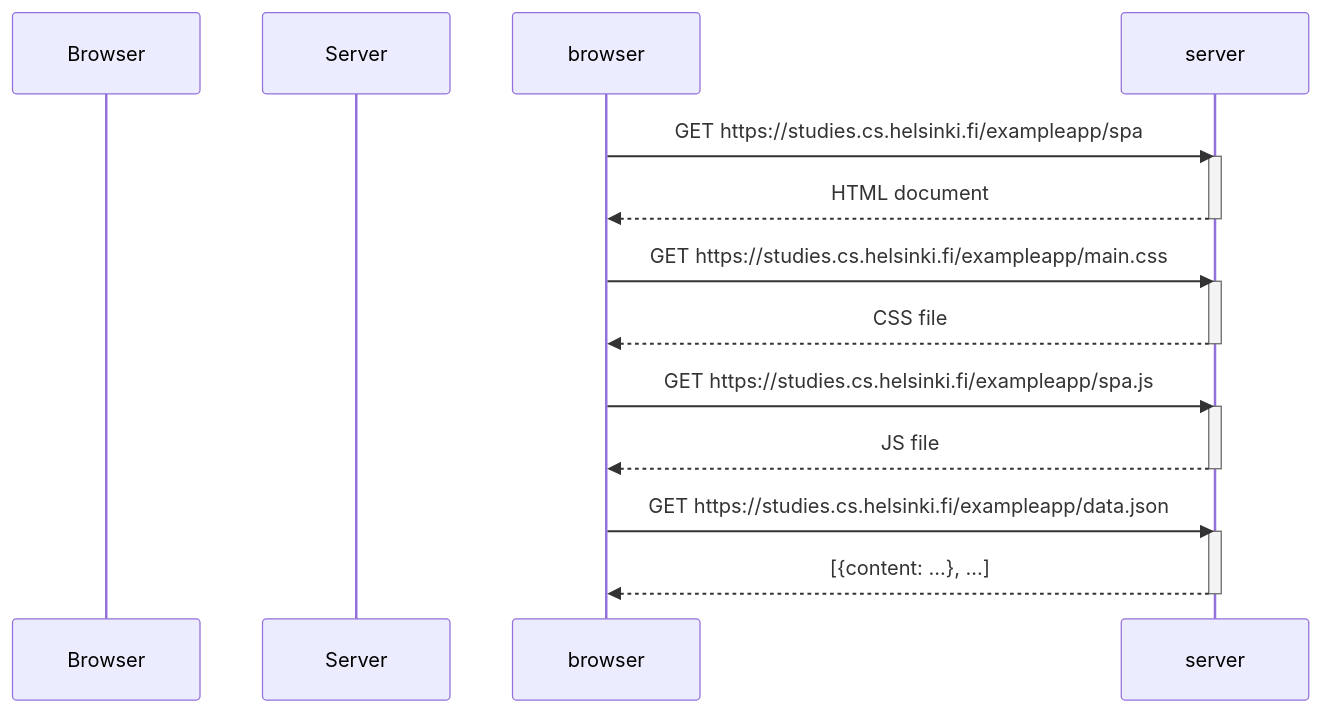
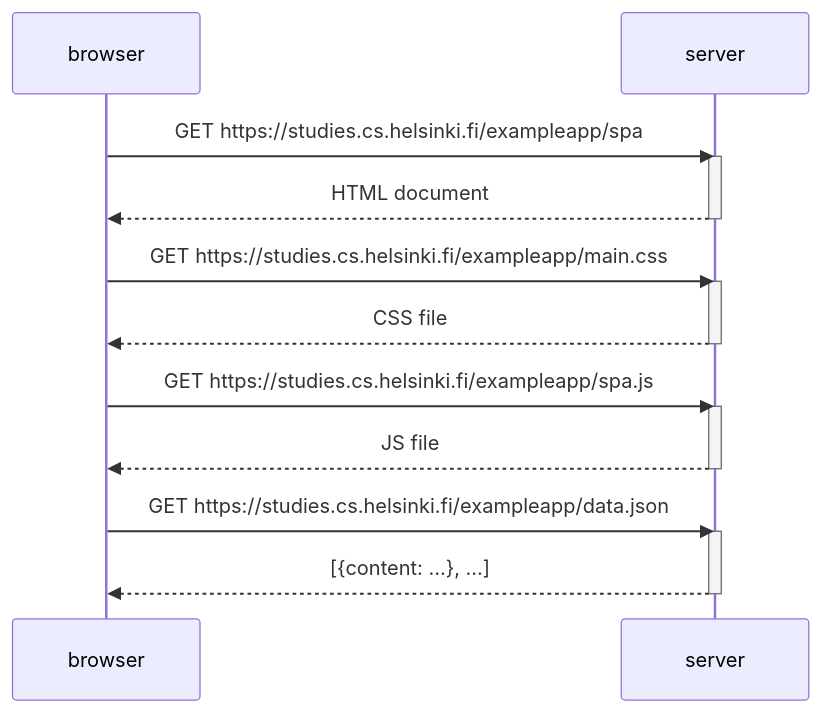
One commit to chmcgahan/fso changed the diagram in part0/05_diagram_spa.md. Above: the diagram before and after it, drawn with Mermaid. The commit also changed 1 other file, not shown here.

````diff
--- a/part0/05_diagram_spa.md
+++ b/part0/05_diagram_spa.md
@@ -1,27 +1,27 @@
 ```mermaid
 sequenceDiagram
-	participant Browser
-	participant Server
+	participant browser
+	participant server
 
 	browser->>server: GET https://studies.cs.helsinki.fi/exampleapp/spa
 	activate server
 	server-->>browser: HTML document
 	deactivate server
 
 	browser->>server: GET https://studies.cs.helsinki.fi/exampleapp/main.css
 	activate server
 	server-->>browser: CSS file
 	deactivate server
 
 	browser->>server: GET https://studies.cs.helsinki.fi/exampleapp/spa.js
 	activate server
 	server-->>browser: JS file
 	deactivate server
 
 	browser->>server: GET https://studies.cs.helsinki.fi/exampleapp/data.json
 	activate server
 	server-->>browser: [{content: ...}, ...]
 	deactivate server
 
 
 ```
````
